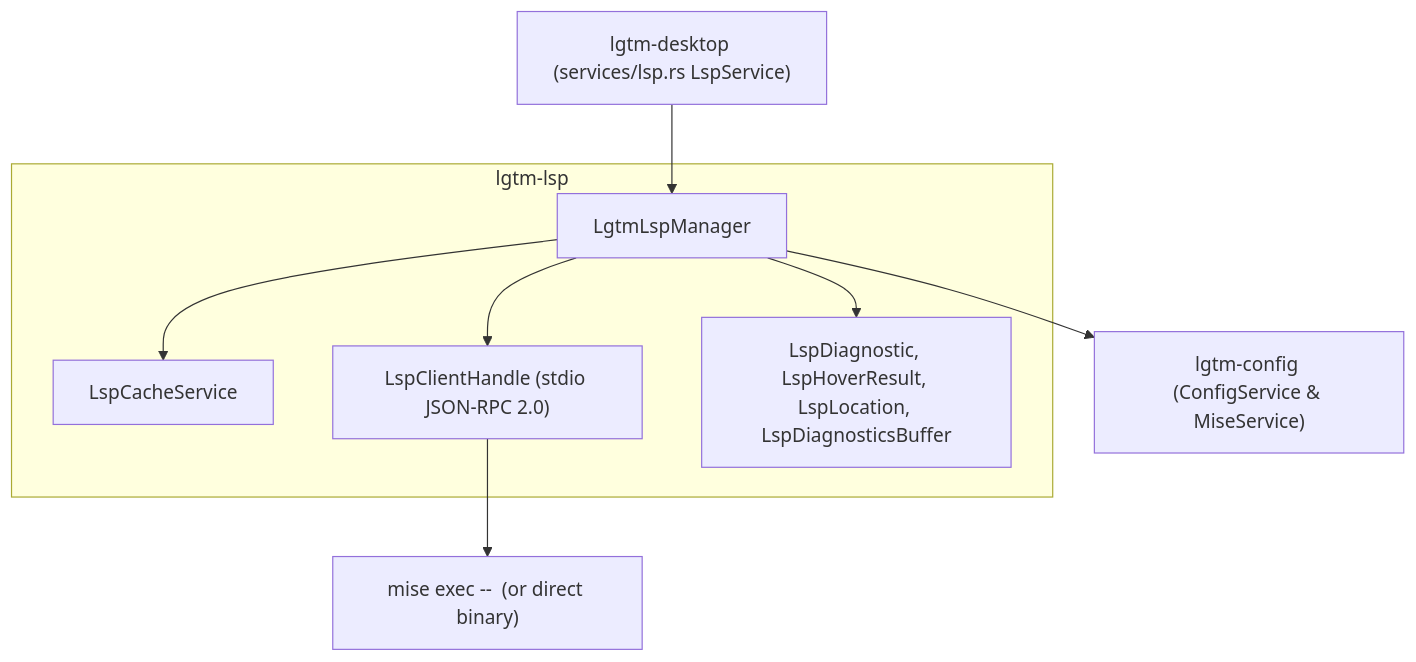
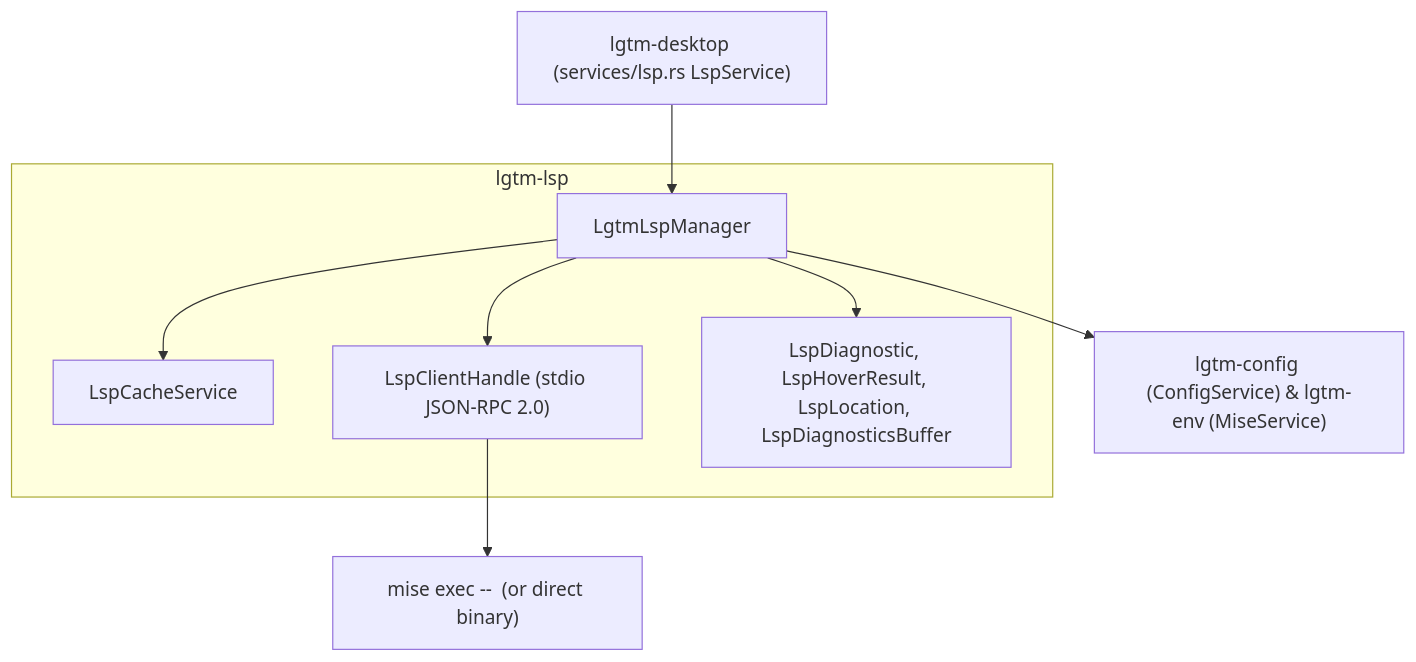
One commit to difflab-io/lgtm changed the first of 2 diagrams in docs/architecture/lsp/index.md. Above: the diagram before and after it, drawn with Mermaid. The commit also changed other lines of this file and 35 other files, not shown here.

First line of the commit message:
feat(env): extract lgtm-env crate and auto-install missing mise binary

````diff
--- a/docs/architecture/lsp/index.md
+++ b/docs/architecture/lsp/index.md
@@ -50,17 +50,17 @@
 ```mermaid
 flowchart TB
     DESKTOP["lgtm-desktop (services/lsp.rs LspService)"]
     subgraph Library["lgtm-lsp"]
         MGR["LgtmLspManager"]
         CACHE["LspCacheService"]
         HANDLE["LspClientHandle (stdio JSON-RPC 2.0)"]
         MODELS["LspDiagnostic, LspHoverResult, LspLocation, LspDiagnosticsBuffer"]
         MGR --> CACHE
         MGR --> HANDLE
         MGR --> MODELS
     end
-    CFG["lgtm-config (ConfigService & MiseService)"]
+    CFG["lgtm-config (ConfigService) & lgtm-env (MiseService)"]
     DESKTOP --> MGR
     MGR --> CFG
     HANDLE --> PROC["mise exec -- <language-server> (or direct binary)"]
 ```
````
